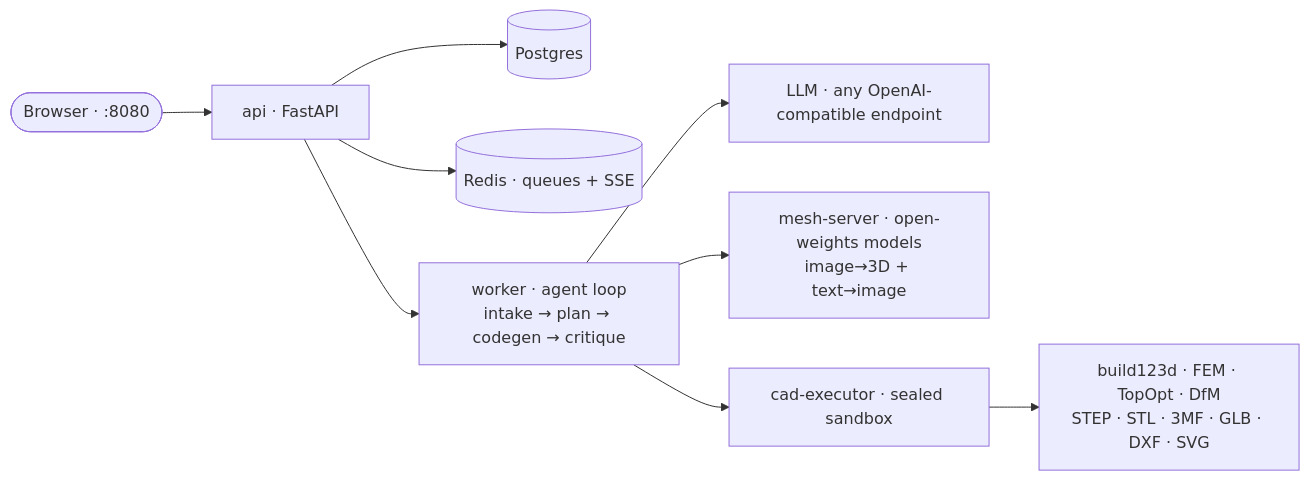
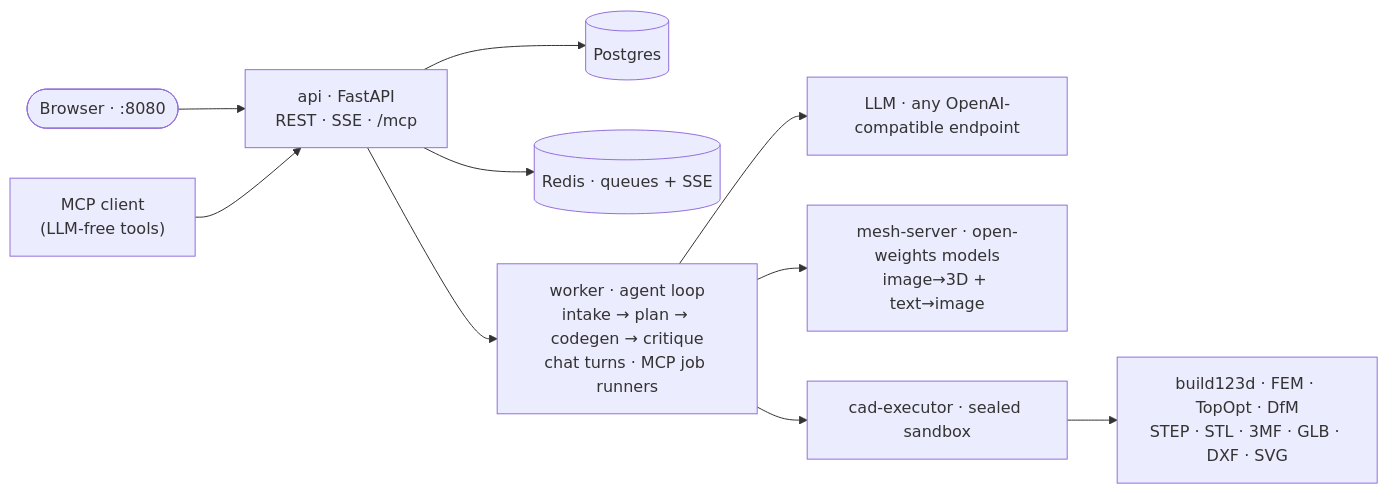
One commit to maxk2222/cadx changed the diagram in README.md. Above: the diagram before and after it, drawn with Mermaid. The commit also changed other lines of this file and 13 other files, not shown here.

````diff
--- a/README.md
+++ b/README.md
@@ -194,11 +194,12 @@
 ```mermaid
 flowchart LR
-    browser(["Browser · :8080"]) --> api["api · FastAPI"]
+    browser(["Browser · :8080"]) --> api["api · FastAPI<br/>REST · SSE · /mcp"]
+    mcp["MCP client<br/>(LLM-free tools)"] --> api
     api --> db[("Postgres")]
     api --> redis[("Redis · queues + SSE")]
-    api --> worker["worker · agent loop<br/>intake → plan → codegen → critique"]
+    api --> worker["worker · agent loop<br/>intake → plan → codegen → critique<br/>chat turns · MCP job runners"]
     worker --> llm["LLM · any OpenAI-compatible endpoint"]
     worker --> mesh["mesh-server · open-weights models<br/>image→3D + text→image"]
     worker --> exec["cad-executor · sealed sandbox"]
     exec --> out["build123d · FEM · TopOpt · DfM<br/>STEP · STL · 3MF · GLB · DXF · SVG"]
 ```
````
